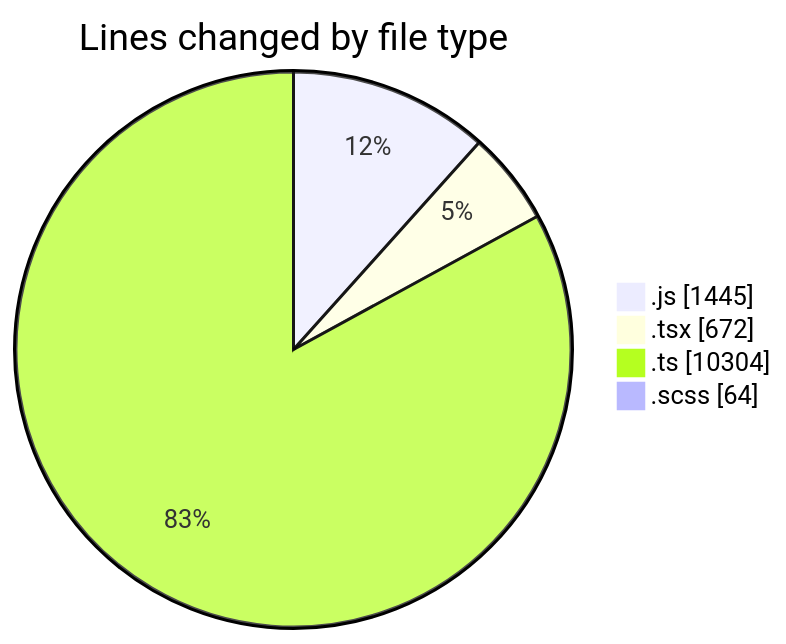
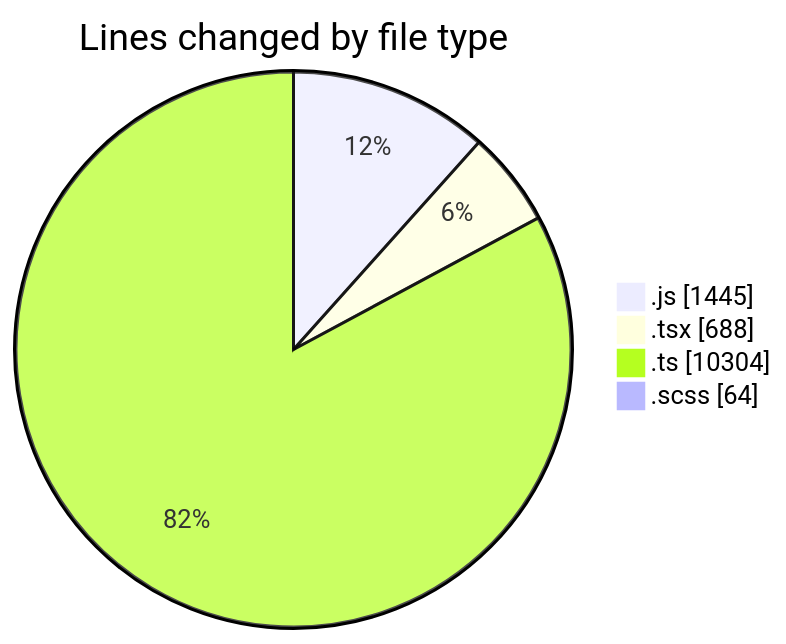
The first of 2 diagrams in 2025-03-13/cda/README.md (momahboobian/code-tracking), drawn with Mermaid before and after one commit. The commit also changed other lines of this file and 1 other file, not shown here.

````diff
--- a/2025-03-13/cda/README.md
+++ b/2025-03-13/cda/README.md
@@ -33,8 +33,8 @@
 ```mermaid
 pie showData
 title Lines changed by file type
 ".js" : 1445
-".tsx" : 672
+".tsx" : 688
 ".ts" : 10304
 ".scss" : 64
 ```
````
